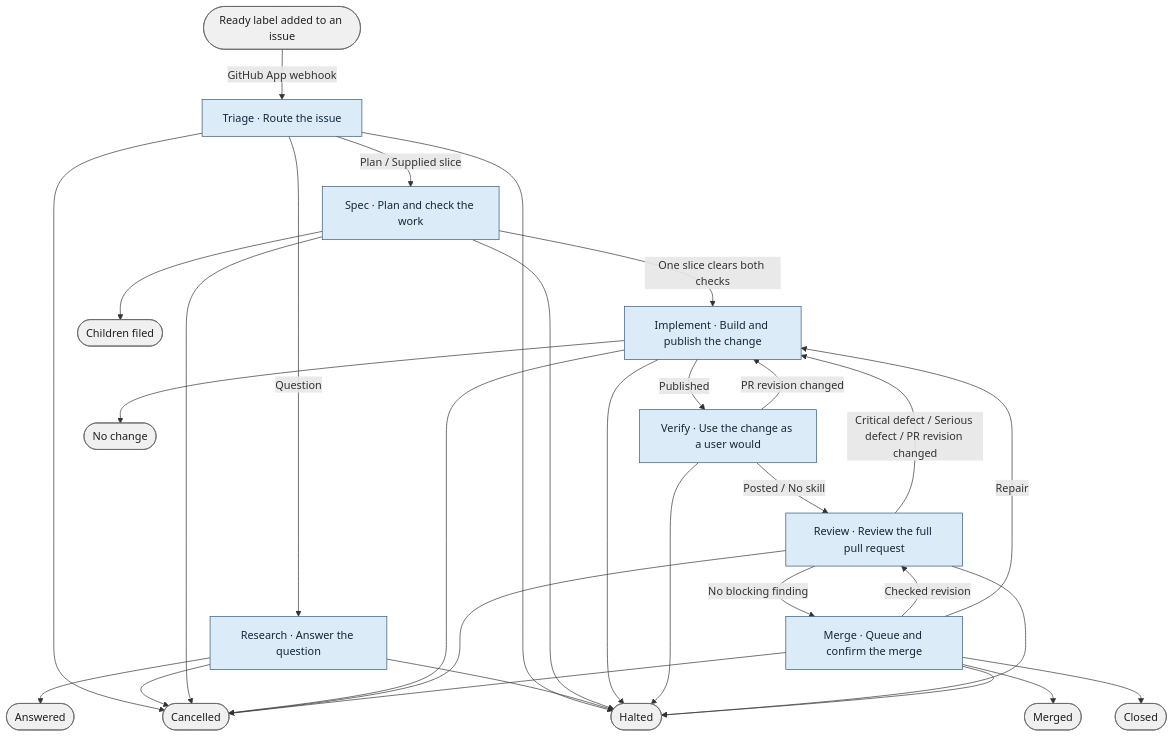
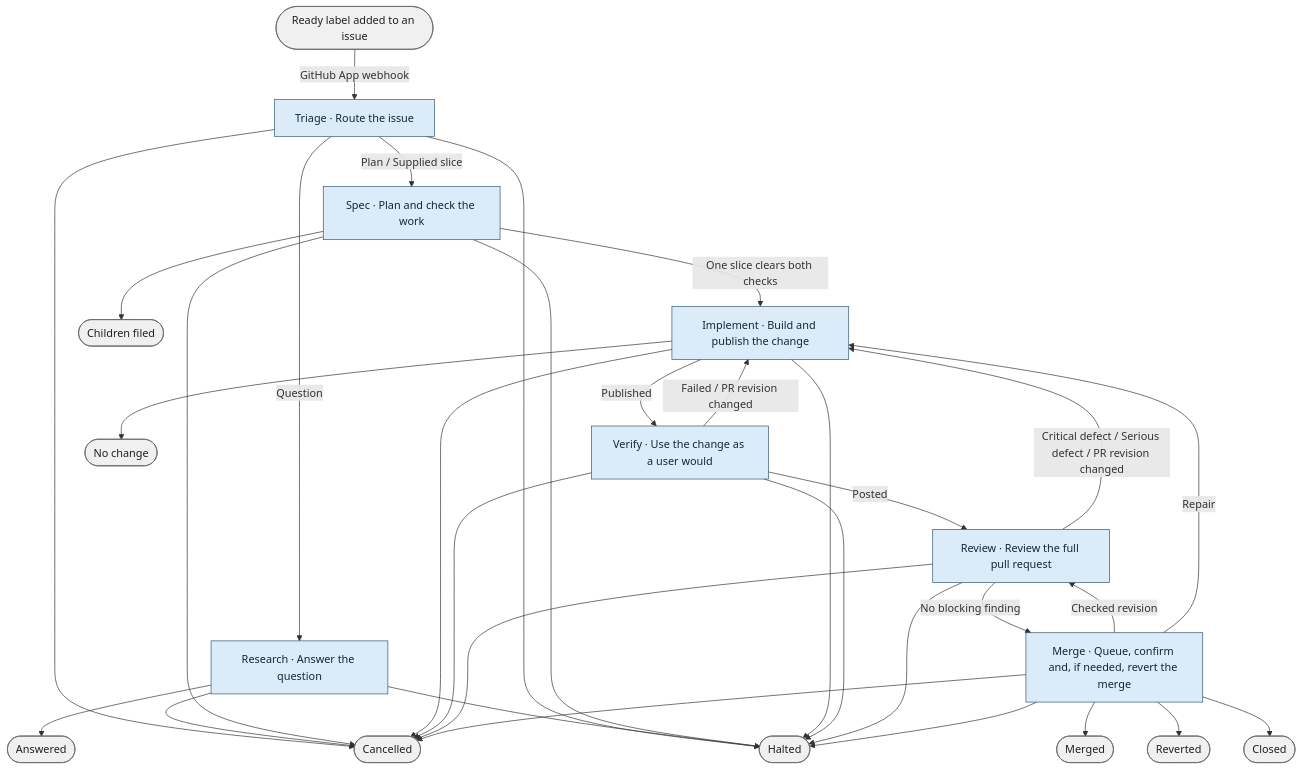
Before and after one commit to bookout-labs/tools: the diagram in docs/graph/blueprint/views/target.mmd, drawn with Mermaid. The commit also changed 49 other files, not shown here.

```diff
--- a/docs/graph/blueprint/views/target.mmd
+++ b/docs/graph/blueprint/views/target.mmd
@@ -1,50 +1,53 @@
 flowchart TD
     n0(["Ready label added to an issue"]):::terminal
     n1["Triage · Route the issue"]:::stage
     n2["Research · Answer the question"]:::stage
     n3["Spec · Plan and check the work"]:::stage
     n4["Implement · Build and publish the change"]:::stage
     n5["Verify · Use the change as a user would"]:::stage
     n6["Review · Review the full pull request"]:::stage
-    n7["Merge · Queue and confirm the merge"]:::stage
+    n7["Merge · Queue, confirm and, if needed, revert the merge"]:::stage
     n8(["Cancelled"]):::terminal
     n9(["Halted"]):::terminal
     n10(["Answered"]):::terminal
     n11(["Children filed"]):::terminal
     n12(["No change"]):::terminal
     n13(["Merged"]):::terminal
-    n14(["Closed"]):::terminal
+    n14(["Reverted"]):::terminal
+    n15(["Closed"]):::terminal
     n0 -->|"GitHub App webhook"| n1
     n1 -->|"Question"| n2
     n1 -->|"Plan / Supplied slice"| n3
     n1 --> n8
     n1 --> n9
     n2 --> n10
     n2 --> n8
     n2 --> n9
     n3 -->|"One slice clears both checks"| n4
     n3 --> n11
     n3 --> n8
     n3 --> n9
     n4 -->|"Published"| n5
     n4 --> n12
     n4 --> n8
     n4 --> n9
-    n5 -->|"Posted / No skill"| n6
-    n5 -->|"PR revision changed"| n4
+    n5 -->|"Posted"| n6
+    n5 -->|"Failed / PR revision changed"| n4
+    n5 --> n8
     n5 --> n9
     n6 -->|"Critical defect / Serious defect / PR revision changed"| n4
     n6 -->|"No blocking finding"| n7
     n6 --> n8
     n6 --> n9
     n7 --> n13
     n7 --> n14
+    n7 --> n15
     n7 -->|"Checked revision"| n6
     n7 -->|"Repair"| n4
     n7 --> n8
     n7 --> n9
     classDef stage fill:#dcebf8,stroke:#315675,color:#10283b
     classDef step fill:#edf3f8,stroke:#597187,color:#132638
     classDef worker fill:#d7f0e8,stroke:#357369,color:#133c36
     classDef gate fill:#fff0c9,stroke:#89641f,color:#3f2b0b
     classDef terminal fill:#f0f0f0,stroke:#666666,color:#202020
```
